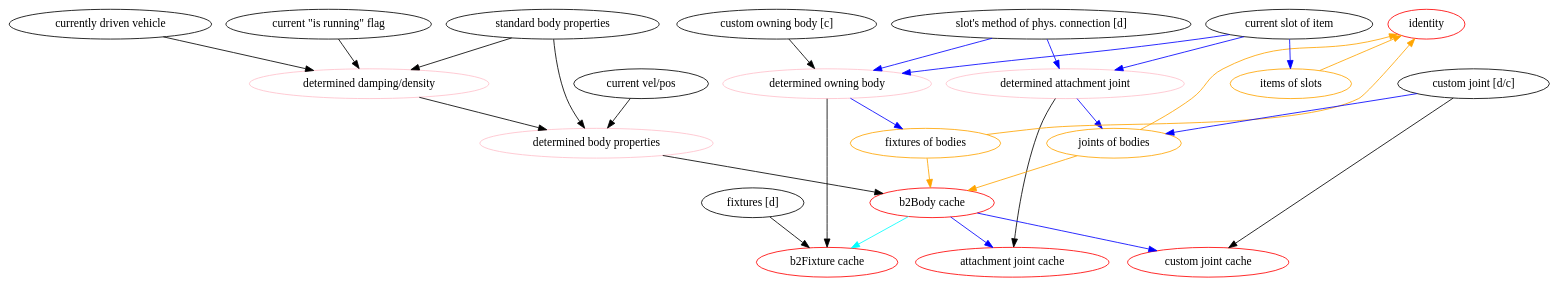
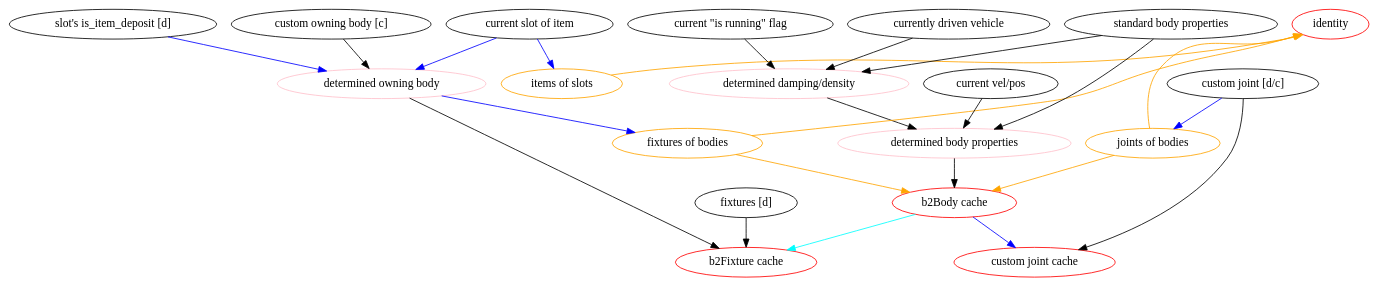
The diagram in docs/deps.dot (TeamHypersomnia/Hypersomnia), drawn with Graphviz before and after one commit. The commit also changed other lines of this file and 93 other files, not shown here.

```diff
--- a/docs/deps.dot
+++ b/docs/deps.dot
@@ -1,59 +1,69 @@
 digraph G {
 	/*
 		Legend:
 
 		Black node: significant field(s)
 		Red node: inferred cache
 		Pink node: calculated information that is not stored
 
 		Orange edge: necessary to know which caches are dependent on the pointed node
 		Blue edge: state that may come from this entity and one or more of its parents 
 		Cyan edge: state that may come from a single remote source
 	*/
 	
 	"determined damping/density"[color="pink"]
-	"determined attachment joint"[color="pink"]
 	"determined owning body"[color="pink"]
 	"determined body properties"[color="pink"]
 	"b2Body cache"[color="red"]
 	"b2Fixture cache"[color="red"]
-	"attachment joint cache"[color="red"]
 	"custom joint cache"[color="red"]
 
 	"joints of bodies"[color="orange"]
 	"fixtures of bodies"[color="orange"]
 	"items of slots"[color="orange"]
 
 	"identity"[color=red]
 
-	"slot's method of phys. connection [d]"->"determined attachment joint"[color=blue]
-	"slot's method of phys. connection [d]"->"determined owning body"[color=blue]
-	"current slot of item"->"determined attachment joint"[color=blue]
+	"slot's is_item_deposit [d]"->"determined owning body"[color=blue]
 	"current slot of item"->"items of slots"[color=blue]
 	"custom joint [d/c]"->"custom joint cache"
 	"custom joint [d/c]"->"joints of bodies"[color=blue]
-	"determined attachment joint"->"attachment joint cache"
-	"determined attachment joint"->"joints of bodies"[color=blue]
 	"standard body properties"->"determined damping/density"
 	"standard body properties"->"determined body properties"
 	"current vel/pos"->"determined body properties"
 	"determined body properties"->"b2Body cache"
 	"currently driven vehicle"->"determined damping/density"
 	"current \"is running\" flag"->"determined damping/density"
 	"determined damping/density"->"determined body properties"
 	"fixtures [d]"->"b2Fixture cache"
 	"determined owning body"->"b2Fixture cache"
 	"determined owning body"->"fixtures of bodies"[color=blue]
 	"custom owning body [c]"->"determined owning body"
 	"current slot of item"->"determined owning body"[color=blue]
 	"b2Body cache"->"b2Fixture cache"[color=cyan]
-	"b2Body cache"->"attachment joint cache"[color=blue]
 	"b2Body cache"->"custom joint cache"[color=blue]
 
 	"fixtures of bodies"->"b2Body cache"[color=orange]
 	"joints of bodies"->"b2Body cache"[color=orange]
 
 	"fixtures of bodies"->"identity"[constraint=false,color=orange]
 	"joints of bodies"->"identity"[constraint=false,color=orange]
 	"items of slots"->"identity"[constraint=false,color=orange]
+
+	/*
+		To be done only once we determine that we really want the physical joint connections for attachments.
+		Probably will never happen.
+	*/
+
+	/*
+		"determined attachment joint"[color="pink"]
+		"attachment joint cache"[color="red"]
+
+		"slot's method of phys. connection [d]"->"determined attachment joint"[color=blue]
+
+		"current slot of item"->"determined attachment joint"[color=blue]
+		"determined attachment joint"->"attachment joint cache"
+		"determined attachment joint"->"joints of bodies"[color=blue]
+		"b2Body cache"->"attachment joint cache"[color=blue]
+	*/
 }
```
